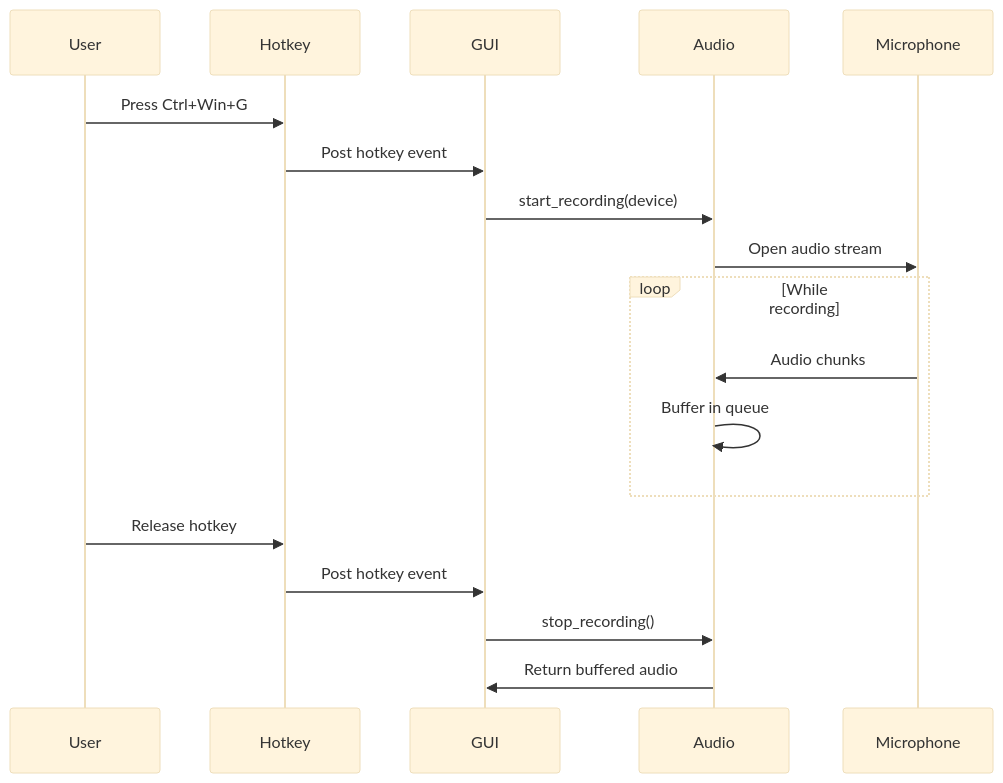
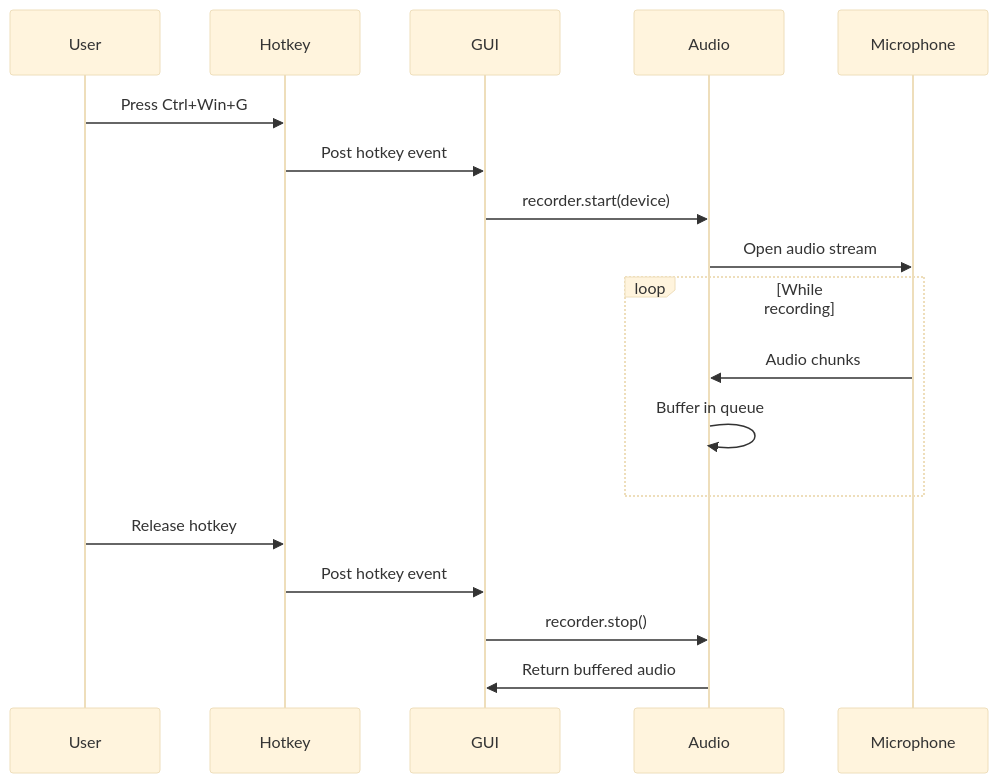
The second of 6 diagrams in docs/architecture.md (dancwilliams/whisper-dictate), drawn with Mermaid (base theme) before and after one commit. The commit also changed other lines of this file and 1 other file, not shown here.

Commit message:
Docs: name the recorder methods that exist

````diff
--- a/docs/architecture.md
+++ b/docs/architecture.md
@@ -84,21 +84,21 @@
 ```mermaid
 sequenceDiagram
     participant User
     participant Hotkey
     participant GUI
     participant Audio
     participant Mic as Microphone
 
     User->>Hotkey: Press Ctrl+Win+G
     Hotkey->>GUI: Post hotkey event
-    GUI->>Audio: start_recording(device)
+    GUI->>Audio: recorder.start(device)
     Audio->>Mic: Open audio stream
     loop While recording
         Mic->>Audio: Audio chunks
         Audio->>Audio: Buffer in queue
     end
     User->>Hotkey: Release hotkey
     Hotkey->>GUI: Post hotkey event
-    GUI->>Audio: stop_recording()
+    GUI->>Audio: recorder.stop()
     Audio->>GUI: Return buffered audio
 ```
````
